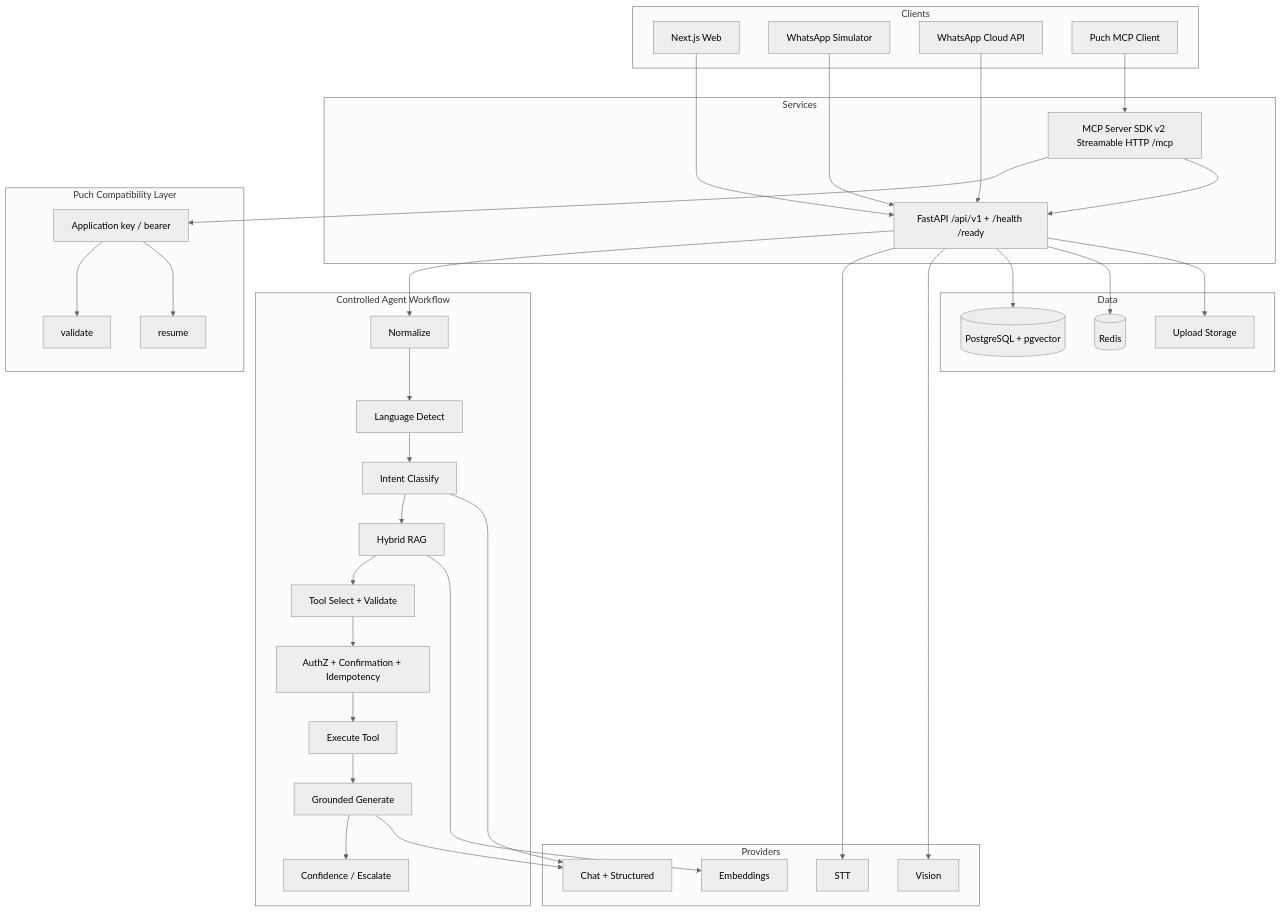
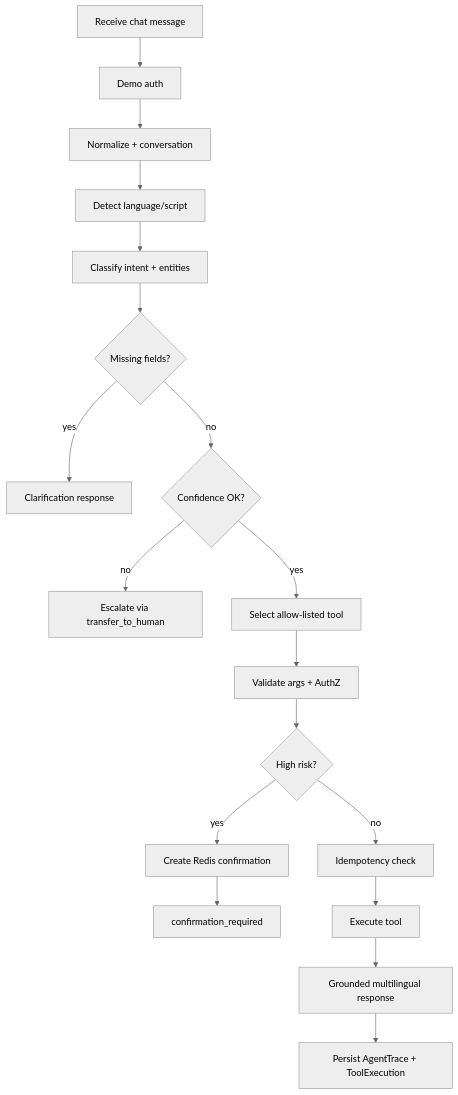
The first of 4 diagrams in docs/ARCHITECTURE.md (miransec/vaanidesk), drawn with Mermaid (neutral theme) before and after one commit. The commit also changed other lines of this file and 39 other files, not shown here.

````diff
--- a/docs/ARCHITECTURE.md
+++ b/docs/ARCHITECTURE.md
@@ -30,63 +10,20 @@
 ```mermaid
-flowchart TB
-  subgraph clients [Clients]
-    Web[Next.js Web]
-    WASim[WhatsApp Simulator]
-    WALive[WhatsApp Cloud API]
-    Puch[Puch MCP Client]
-  end
-
-  subgraph services [Services]
-    API["FastAPI /api/v1 + /health /ready"]
-    MCP["MCP Server SDK v2 Streamable HTTP /mcp"]
-  end
-
-  subgraph puchLayer [Puch Compatibility Layer]
-    Auth[Application key / bearer]
-    Val[validate]
-    Res[resume]
-  end
-
-  subgraph workflow [Controlled Agent Workflow]
-    N[Normalize]
-    L[Language Detect]
-    I[Intent Classify]
-    R[Hybrid RAG]
-    T[Tool Select + Validate]
-    A[AuthZ + Confirmation + Idempotency]
-    E[Execute Tool]
-    G[Grounded Generate]
-    C[Confidence / Escalate]
-  end
-
-  subgraph providers [Providers]
-    LLM[Chat + Structured]
-    EMB[Embeddings]
-    STT[STT]
-    VIS[Vision]
-  end
-
-  subgraph data [Data]
-    PG[(PostgreSQL + pgvector)]
-    RD[(Redis)]
-    FS[Upload Storage]
-  end
-
-  Web --> API
-  WASim --> API
-  WALive --> API
-  Puch --> MCP
-  MCP --> Auth
-  Auth --> Val
-  Auth --> Res
-  MCP --> API
-  API --> N --> L --> I --> R --> T --> A --> E --> G --> C
-  I --> LLM
-  G --> LLM
-  R --> EMB
-  API --> STT
-  API --> VIS
-  API --> PG
-  API --> RD
-  API --> FS
+flowchart TD
+  A[Receive chat message] --> B[Demo auth]
+  B --> C[Normalize + conversation]
+  C --> D[Detect language/script]
+  D --> E[Classify intent + entities]
+  E --> F{Missing fields?}
+  F -->|yes| G[Clarification response]
+  F -->|no| H{Confidence OK?}
+  H -->|no| I[Escalate via transfer_to_human]
+  H -->|yes| J[Select allow-listed tool]
+  J --> K[Validate args + AuthZ]
+  K --> L{High risk?}
+  L -->|yes| M[Create Redis confirmation]
+  M --> N[confirmation_required]
+  L -->|no| O[Idempotency check]
+  O --> P[Execute tool]
+  P --> Q[Grounded multilingual response]
+  Q --> R[Persist AgentTrace + ToolExecution]
 ```
````
